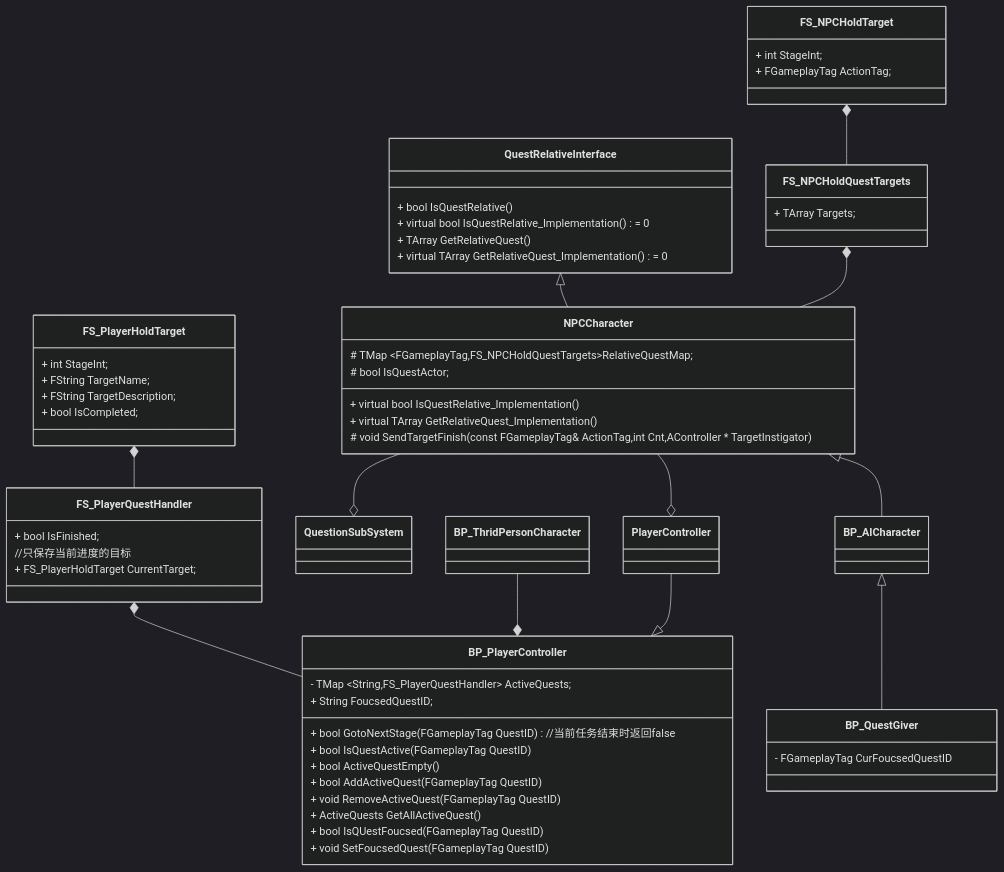
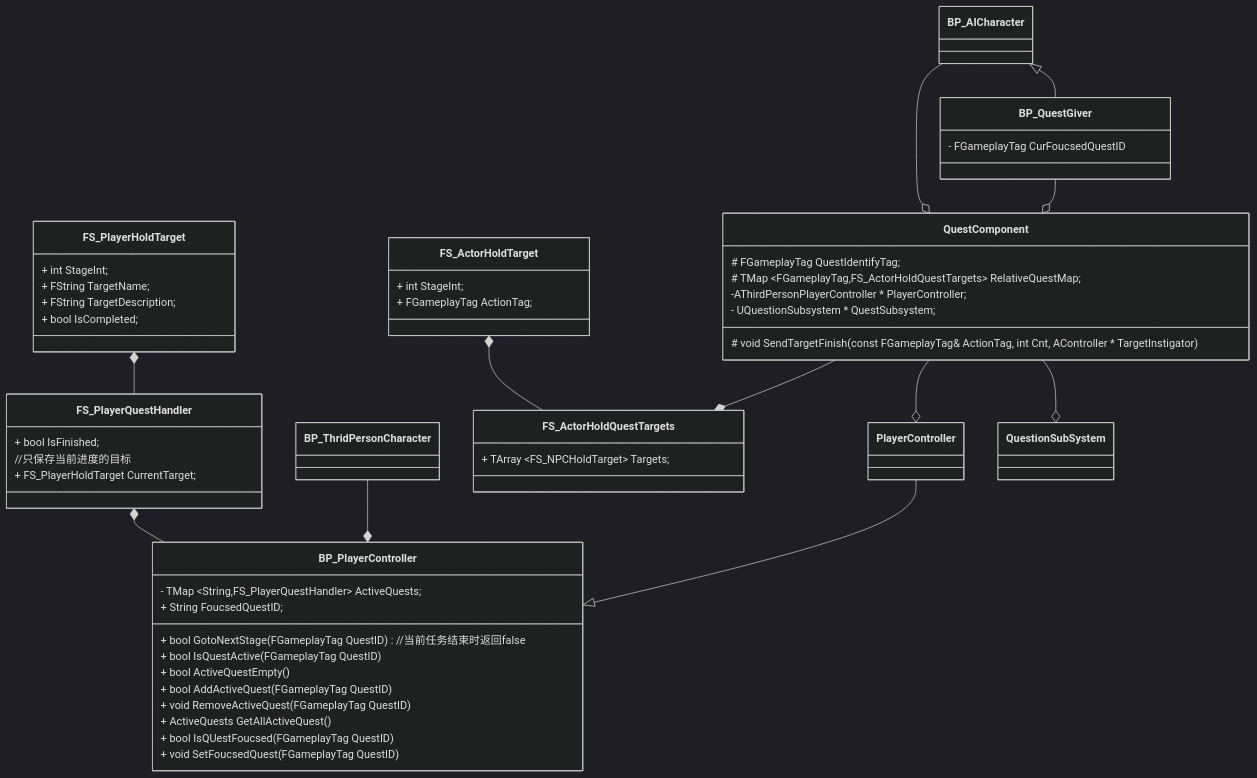
One commit to getyo/ARPG_Learn changed the third of 5 diagrams in Document/任务系统.md. Above: the diagram before and after it, drawn with Mermaid (dark theme). The commit also changed other lines of this file and 60 other files, not shown here.

````diff
--- a/Document/任务系统.md
+++ b/Document/任务系统.md
@@ -90,63 +90,57 @@
 ```mermaid
 classDiagram
 FS_PlayerHoldTarget *-- FS_PlayerQuestHandler
 FS_PlayerQuestHandler *-- BP_PlayerController
-QuestRelativeInterface <|-- NPCCharacter
-NPCCharacter <|-- BP_AICharacter
+BP_AICharacter --o QuestComponent
 BP_AICharacter <|-- BP_QuestGiver
+BP_QuestGiver --o QuestComponent
 BP_ThridPersonCharacter --* BP_PlayerController
-FS_NPCHoldTarget *-- FS_NPCHoldQuestTargets
-FS_NPCHoldQuestTargets *-- NPCCharacter
+FS_ActorHoldTarget *-- FS_ActorHoldQuestTargets
 PlayerController --|> BP_PlayerController
-NPCCharacter --o PlayerController
-NPCCharacter --o QuestionSubSystem
+QuestComponent --* FS_ActorHoldQuestTargets 
+QuestComponent --o PlayerController
+QuestComponent --o QuestionSubSystem
 
 class FS_PlayerHoldTarget{
 + int StageInt;
 + FString TargetName;
 + FString TargetDescription;
 + bool IsCompleted;
 }
 class FS_PlayerQuestHandler{
 + bool IsFinished;
 //只保存当前进度的目标
 + FS_PlayerHoldTarget CurrentTarget;
 }
 class BP_PlayerController{
 - TMap ~String,FS_PlayerQuestHandler~ ActiveQuests;
 + String FoucsedQuestID;
 
 + bool GotoNextStage(FGameplayTag QuestID) 	//当前任务结束时返回false
 + bool IsQuestActive(FGameplayTag QuestID)
 + bool ActiveQuestEmpty()
 + bool AddActiveQuest(FGameplayTag QuestID)
 + void RemoveActiveQuest(FGameplayTag QuestID)
 + ActiveQuests GetAllActiveQuest()
 + bool IsQUestFoucsed(FGameplayTag QuestID)
 + void SetFoucsedQuest(FGameplayTag QuestID)
 }
 class BP_QuestGiver{
 - FGameplayTag CurFoucsedQuestID
 }
-class QuestRelativeInterface{
-+ bool IsQuestRelative()
-+ virtual bool IsQuestRelative_Implementation() = 0
-+ TArray<FGameplayTagg> GetRelativeQuest()
-+ virtual TArray<FGameplayTag> GetRelativeQuest_Implementation() = 0
-}
-class FS_NPCHoldTarget{
+class FS_ActorHoldTarget{
 + int StageInt;
 + FGameplayTag ActionTag;
 }
-class FS_NPCHoldQuestTargets {
-+ TArray<FS_NPCHoldTarget> Targets;
+class FS_ActorHoldQuestTargets {
++ TArray ~FS_NPCHoldTarget~ Targets;
 }
-class NPCCharacter{
-+ virtual bool IsQuestRelative_Implementation()
-+ virtual TArray<FGameplayTag> GetRelativeQuest_Implementation()
-# void SendTargetFinish(const FGameplayTag& ActionTag,int Cnt,AController * TargetInstigator)
-# TMap ~FGameplayTag,FS_NPCHoldQuestTargets~RelativeQuestMap;
-# bool IsQuestActor;
+class QuestComponent{
+# FGameplayTag QuestIdentifyTag;
+# TMap ~FGameplayTag,FS_ActorHoldQuestTargets~ RelativeQuestMap;
+-AThirdPersonPlayerController * PlayerController;
+- UQuestionSubsystem * QuestSubsystem;
+# void SendTargetFinish(const FGameplayTag& ActionTag, int Cnt, AController * TargetInstigator)
 }
 
 ```
````
